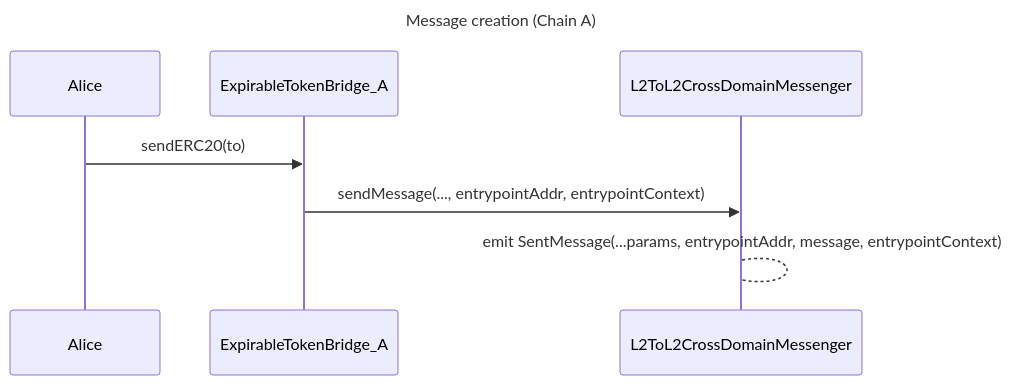
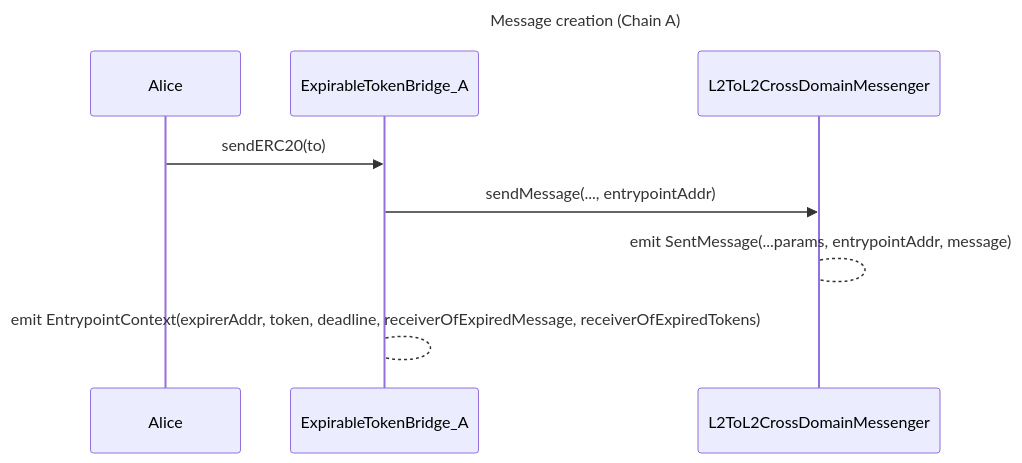
One commit to ethereum-optimism/design-docs changed the first of 3 diagrams in protocol/messaging/entrypoints.md. Above: the diagram before and after it, drawn with Mermaid. The commit also changed other lines of this file, not shown here.

Commit message:
feat: rollback to first Context design

````diff
--- a/protocol/messaging/entrypoints.md
+++ b/protocol/messaging/entrypoints.md
@@ -112,10 +90,10 @@
 ```mermaid
 sequenceDiagram
 
 title Message creation (Chain A)
 
 Alice->>ExpirableTokenBridge_A: sendERC20(to)
-ExpirableTokenBridge_A->>L2ToL2CrossDomainMessenger: sendMessage(..., entrypointAddr, entrypointContext)
-L2ToL2CrossDomainMessenger-->L2ToL2CrossDomainMessenger: emit SentMessage(...params, entrypointAddr, message, entrypointContext)
-
+ExpirableTokenBridge_A->>L2ToL2CrossDomainMessenger: sendMessage(..., entrypointAddr)
+L2ToL2CrossDomainMessenger-->L2ToL2CrossDomainMessenger: emit SentMessage(...params, entrypointAddr, message)
+ExpirableTokenBridge_A-->ExpirableTokenBridge_A: emit EntrypointContext(expirerAddr, token, deadline, receiverOfExpiredMessage, receiverOfExpiredTokens)
 ```
````
